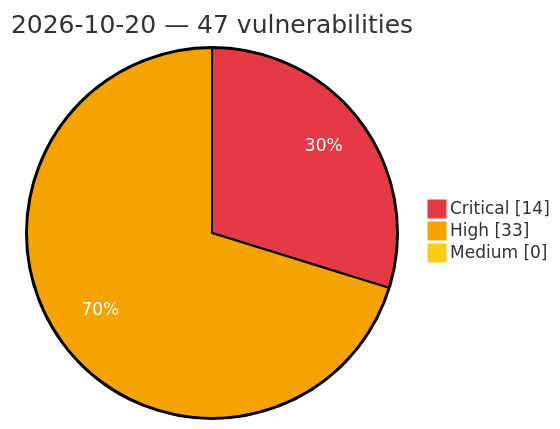
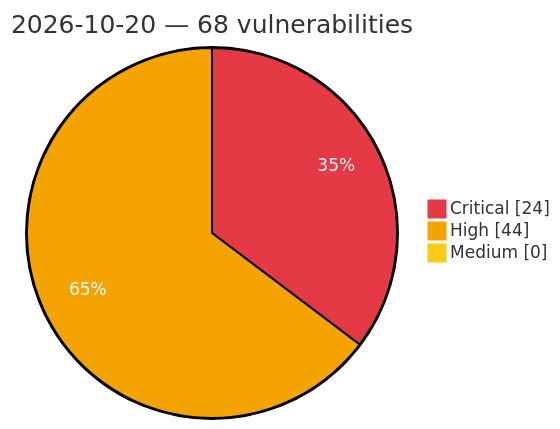
One commit to GhostX0X/vuln-tracker changed the diagram in vulnerabilities/2026/October/2026-10-20.md. Above: the diagram before and after it, drawn with Mermaid. The commit also changed other lines of this file and 5 other files, not shown here.

Commit message:
Auto update: critical/high vulns (2026-10-20 17:53 UTC)

````diff
--- a/vulnerabilities/2026/October/2026-10-20.md
+++ b/vulnerabilities/2026/October/2026-10-20.md
@@ -3,8 +3,8 @@
 ```mermaid
 %%{init: {'theme':'base', 'themeVariables': {'pie1':'#e63946', 'pie2':'#f4a300', 'pie3':'#facc15', 'pieOpacity':'1', 'pieOuterStrokeWidth':'2px', 'pieSectionTextColor':'#ffffff'}}}%%
 pie showData
-    title 2026-10-20 — 47 vulnerabilities
-    "Critical" : 14
-    "High" : 33
+    title 2026-10-20 — 68 vulnerabilities
+    "Critical" : 24
+    "High" : 44
     "Medium" : 0
 ```
````
